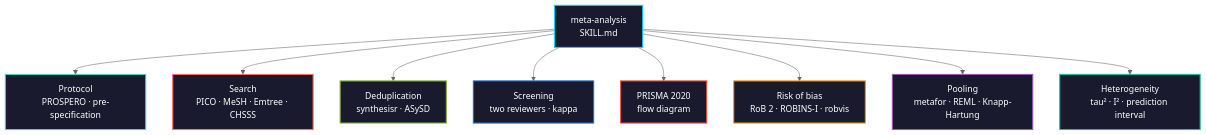
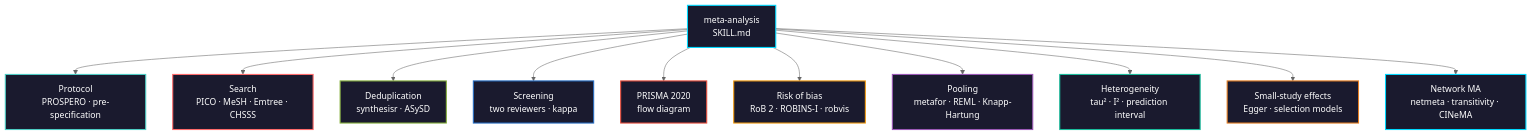
One commit to zamushwani/biomedical-ai-skills changed the diagram in skills/meta-analysis/README.md. Above: the diagram before and after it, drawn with Mermaid (neutral theme). The commit also changed other lines of this file and 3 other files, not shown here.

````diff
--- a/skills/meta-analysis/README.md
+++ b/skills/meta-analysis/README.md
@@ -5,20 +5,24 @@
 ```mermaid
 graph TD
     A["meta-analysis<br>SKILL.md"] --> B["Protocol<br>PROSPERO · pre-specification"]
     A --> C["Search<br>PICO · MeSH · Emtree · CHSSS"]
     A --> D["Deduplication<br>synthesisr · ASySD"]
     A --> E["Screening<br>two reviewers · kappa"]
     A --> F["PRISMA 2020<br>flow diagram"]
     A --> G["Risk of bias<br>RoB 2 · ROBINS-I · robvis"]
     A --> H["Pooling<br>metafor · REML · Knapp-Hartung"]
     A --> I["Heterogeneity<br>tau² · I² · prediction interval"]
+    A --> J["Small-study effects<br>Egger · selection models"]
+    A --> K["Network MA<br>netmeta · transitivity · CINeMA"]
     style A fill:#1a1a2e,stroke:#00d9ff,color:#fff,stroke-width:2px
     style B fill:#1a1a2e,stroke:#4ecdc4,color:#fff,stroke-width:2px
     style C fill:#1a1a2e,stroke:#ff6b6b,color:#fff,stroke-width:2px
     style D fill:#1a1a2e,stroke:#87b13f,color:#fff,stroke-width:2px
     style E fill:#1a1a2e,stroke:#276DC3,color:#fff,stroke-width:2px
     style F fill:#1a1a2e,stroke:#e84d3c,color:#fff,stroke-width:2px
     style G fill:#1a1a2e,stroke:#f39c12,color:#fff,stroke-width:2px
     style H fill:#1a1a2e,stroke:#9b59b6,color:#fff,stroke-width:2px
     style I fill:#1a1a2e,stroke:#1abc9c,color:#fff,stroke-width:2px
+    style J fill:#1a1a2e,stroke:#e67e22,color:#fff,stroke-width:2px
+    style K fill:#1a1a2e,stroke:#00d9ff,color:#fff,stroke-width:2px
 ```
````
